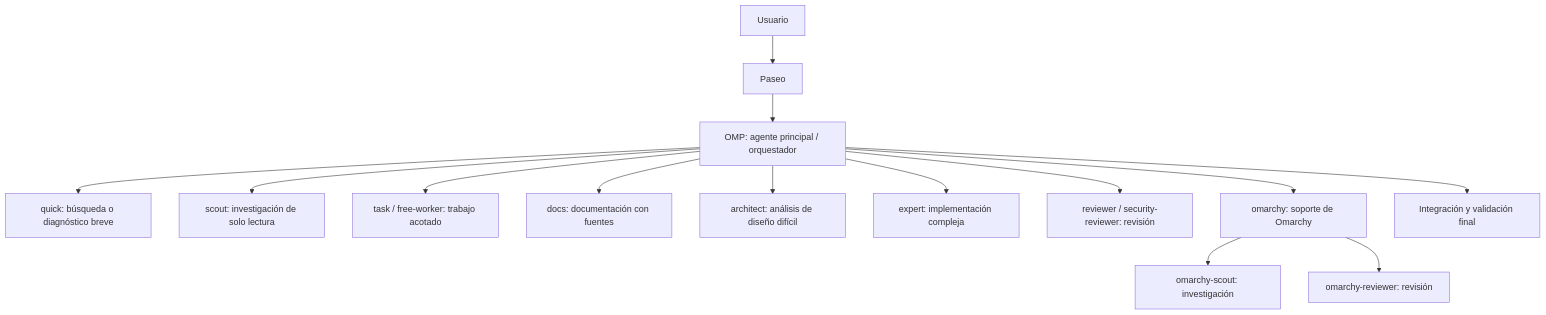
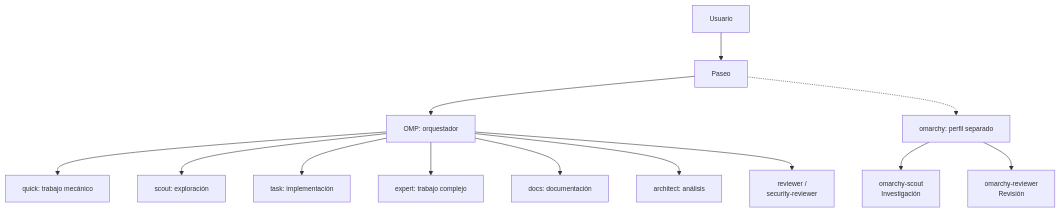
One commit to Fraquiem/EQF_Agentic_Workflow changed the diagram in README.md. Above: the diagram before and after it, drawn with Mermaid. The commit also changed other lines of this file and 6 other files, not shown here.

````diff
--- a/README.md
+++ b/README.md
@@ -16,16 +16,17 @@
 ```mermaid
+%%{init: {"themeVariables": {"fontSize": "12px"}}}%%
 flowchart TD
-    U[Usuario] --> P[Paseo]
-    P --> O[OMP: agente principal / orquestador]
-    O --> Q[quick: búsqueda o diagnóstico breve]
-    O --> S[scout: investigación de solo lectura]
-    O --> T[task / free-worker: trabajo acotado]
-    O --> D[docs: documentación con fuentes]
-    O --> A[architect: análisis de diseño difícil]
-    O --> E[expert: implementación compleja]
-    O --> R[reviewer / security-reviewer: revisión]
-    O --> OM[omarchy: soporte de Omarchy]
-    OM --> OS[omarchy-scout: investigación]
-    OM --> OR[omarchy-reviewer: revisión]
-    O --> I[Integración y validación final]
+    U["Usuario"] --> P["Paseo"]
+    P --> O["OMP: orquestador"]
+    O --> Q["quick: trabajo mecánico"]
+    O --> S["scout: exploración"]
+    O --> T["task: implementación"]
+    O --> E["expert: trabajo complejo"]
+    O --> D["docs: documentación"]
+    O --> A["architect: análisis"]
+    O --> R["reviewer /<br/>security-reviewer"]
+
+    P -.-> OM["omarchy: perfil separado"]
+    OM --> OS["omarchy-scout<br/>Investigación"]
+    OM --> OR["omarchy-reviewer<br/>Revisión"]
 ```
````
